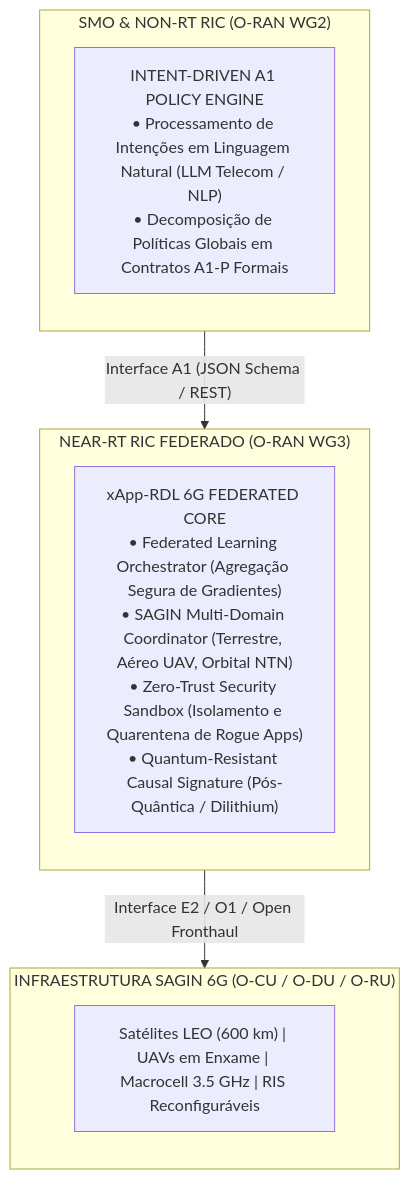
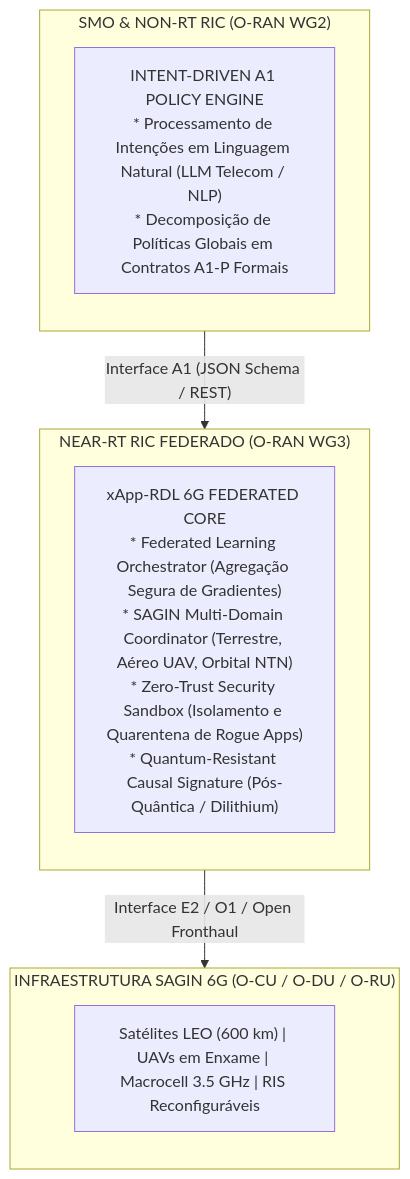
The second of 2 diagrams in docs/06_roadmap_e_pesquisa_futura_6g.md (georgebarbosa3090/XApp-RDL-F2), drawn with Mermaid before and after one commit. The commit also changed other lines of this file and 30 other files, not shown here.

````diff
--- a/docs/06_roadmap_e_pesquisa_futura_6g.md
+++ b/docs/06_roadmap_e_pesquisa_futura_6g.md
@@ -29,20 +29,20 @@
 ```mermaid
 flowchart TD
     subgraph SMO_NONRT["SMO & NON-RT RIC (O-RAN WG2)"]
         direction TB
-        A1_ENGINE["INTENT-DRIVEN A1 POLICY ENGINE<br/>• Processamento de Intenções em Linguagem Natural (LLM Telecom / NLP)<br/>• Decomposição de Políticas Globais em Contratos A1-P Formais"]
+        A1_ENGINE["INTENT-DRIVEN A1 POLICY ENGINE<br/>* Processamento de Intenções em Linguagem Natural (LLM Telecom / NLP)<br/>* Decomposição de Políticas Globais em Contratos A1-P Formais"]
     end
 
     subgraph RIC_FED["NEAR-RT RIC FEDERADO (O-RAN WG3)"]
         direction TB
-        RDL_6G["xApp-RDL 6G FEDERATED CORE<br/>• Federated Learning Orchestrator (Agregação Segura de Gradientes)<br/>• SAGIN Multi-Domain Coordinator (Terrestre, Aéreo UAV, Orbital NTN)<br/>• Zero-Trust Security Sandbox (Isolamento e Quarentena de Rogue Apps)<br/>• Quantum-Resistant Causal Signature (Pós-Quântica / Dilithium)"]
+        RDL_6G["xApp-RDL 6G FEDERATED CORE<br/>* Federated Learning Orchestrator (Agregação Segura de Gradientes)<br/>* SAGIN Multi-Domain Coordinator (Terrestre, Aéreo UAV, Orbital NTN)<br/>* Zero-Trust Security Sandbox (Isolamento e Quarentena de Rogue Apps)<br/>* Quantum-Resistant Causal Signature (Pós-Quântica / Dilithium)"]
     end
 
     subgraph SAGIN_INFRA["INFRAESTRUTURA SAGIN 6G (O-CU / O-DU / O-RU)"]
         direction TB
         NODES["Satélites LEO (600 km) | UAVs em Enxame | Macrocell 3.5 GHz | RIS Reconfiguráveis"]
     end
 
     A1_ENGINE -->|"Interface A1 (JSON Schema / REST)"| RDL_6G
     RDL_6G -->|"Interface E2 / O1 / Open Fronthaul"| NODES
 ```
````
